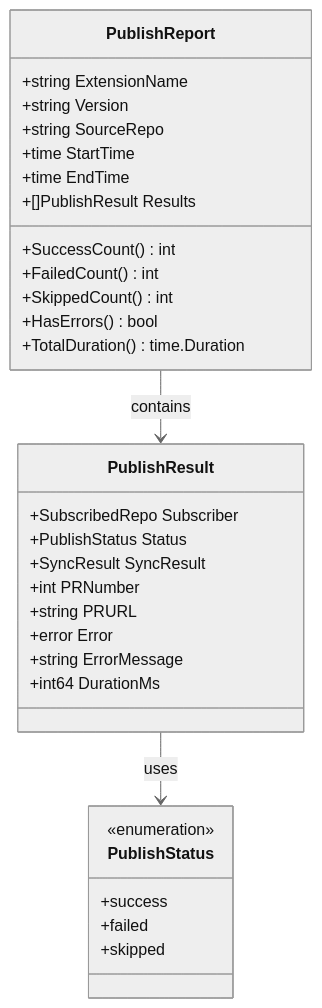
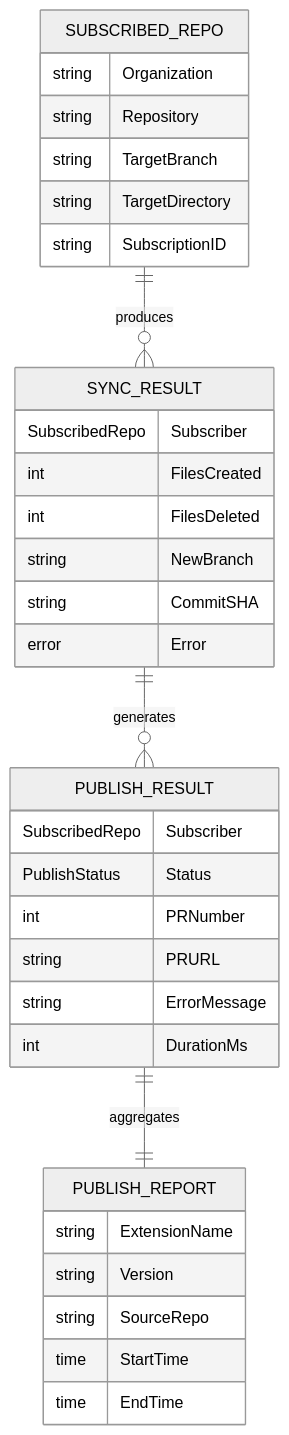
One commit to Kargones/apk-ci changed the sixth of 9 diagrams in .qoder/repowiki/en/content/Advanced Integrations/Extension Publishing System.md. Above: the diagram before and after it, drawn with Mermaid (neutral theme). The commit also changed other lines of this file and 2036 other files, not shown here.

````diff
--- a/.qoder/repowiki/en/content/Advanced Integrations/Extension Publishing System.md
+++ b/.qoder/repowiki/en/content/Advanced Integrations/Extension Publishing System.md
@@ -401,34 +270,36 @@
 ```mermaid
-classDiagram
-class PublishResult {
-+SubscribedRepo Subscriber
-+PublishStatus Status
-+SyncResult SyncResult
-+int PRNumber
-+string PRURL
-+error Error
-+string ErrorMessage
-+int64 DurationMs
+erDiagram
+SUBSCRIBED_REPO {
+string Organization
+string Repository
+string TargetBranch
+string TargetDirectory
+string SubscriptionID
 }
-class PublishReport {
-+string ExtensionName
-+string Version
-+string SourceRepo
-+time StartTime
-+time EndTime
-+[]PublishResult Results
-+SuccessCount() int
-+FailedCount() int
-+SkippedCount() int
-+HasErrors() bool
-+TotalDuration() time.Duration
+SYNC_RESULT {
+SubscribedRepo Subscriber
+int FilesCreated
+int FilesDeleted
+string NewBranch
+string CommitSHA
+error Error
 }
-class PublishStatus {
-<<enumeration>>
-+success
-+failed
-+skipped
+PUBLISH_RESULT {
+SubscribedRepo Subscriber
+PublishStatus Status
+int PRNumber
+string PRURL
+string ErrorMessage
+int DurationMs
 }
-PublishReport --> PublishResult : contains
-PublishResult --> PublishStatus : uses
+PUBLISH_REPORT {
+string ExtensionName
+string Version
+string SourceRepo
+time StartTime
+time EndTime
+}
+SUBSCRIBED_REPO ||--o{ SYNC_RESULT : "produces"
+SYNC_RESULT ||--o{ PUBLISH_RESULT : "generates"
+PUBLISH_RESULT ||--|| PUBLISH_REPORT : "aggregates"
 ```
````
